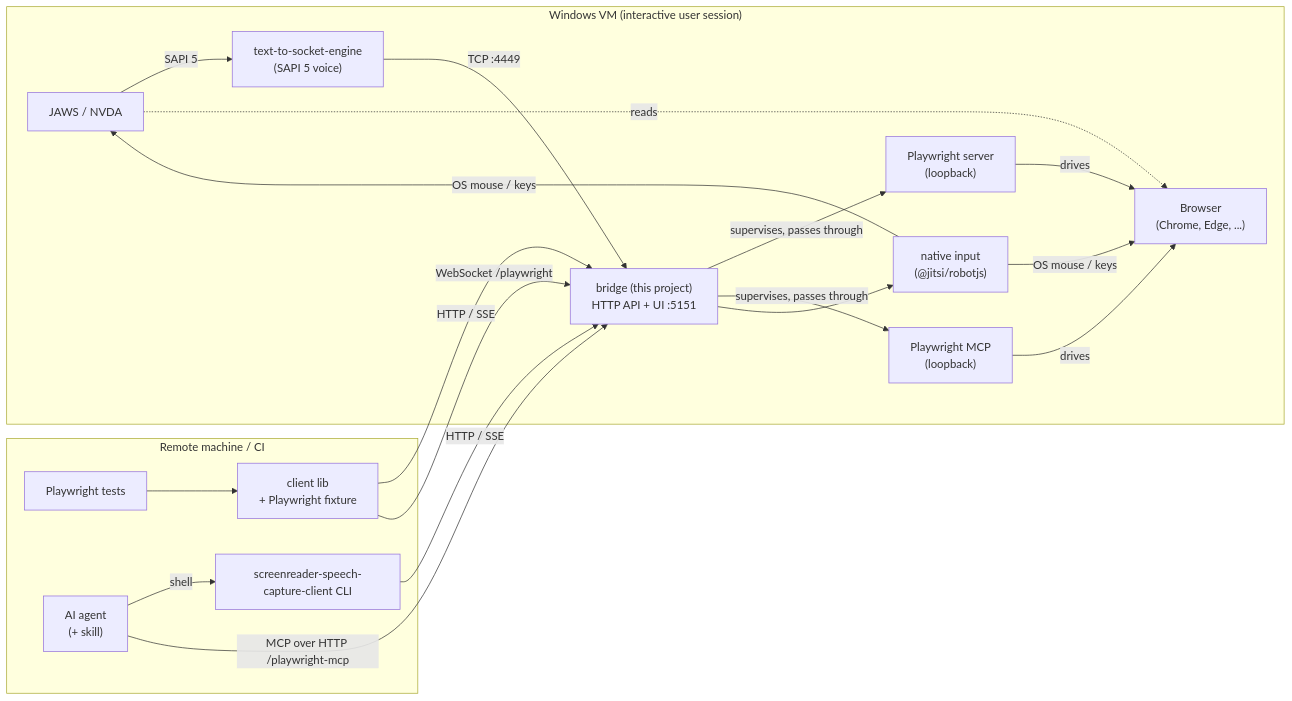
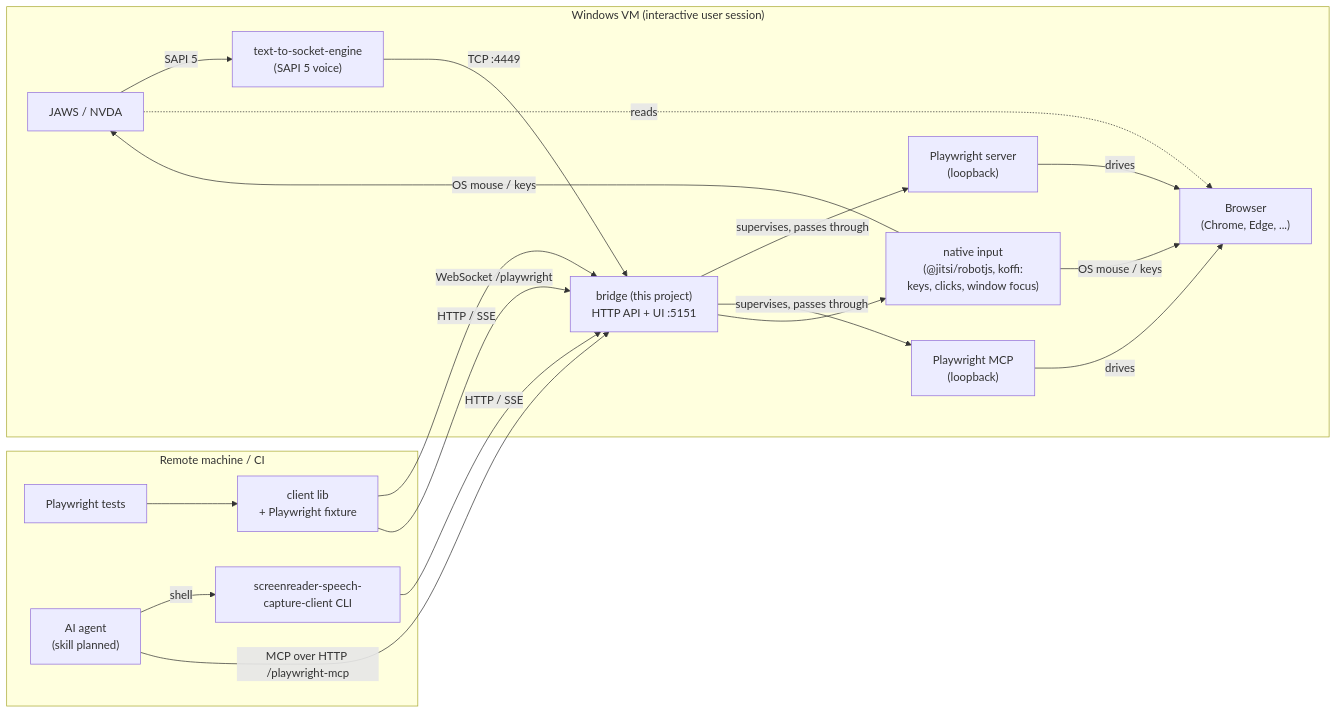
One commit to TimoSto/screenreader-speech-capture changed the diagram in README.md. Above: the diagram before and after it, drawn with Mermaid. The commit also changed other lines of this file and 7 other files, not shown here.

````diff
--- a/README.md
+++ b/README.md
@@ -16,38 +16,38 @@
 ```mermaid
 flowchart LR
     subgraph VM["Windows VM (interactive user session)"]
         SR["JAWS / NVDA"]
         Voice["text-to-socket-engine<br/>(SAPI 5 voice)"]
         Bridge["bridge (this project)<br/>HTTP API + UI :5151"]
-        Input["native input<br/>(#64;jitsi/robotjs)"]
+        Input["native input<br/>(#64;jitsi/robotjs, koffi:<br/>keys, clicks, window focus)"]
         PWS["Playwright server<br/>(loopback)"]
         MCP["Playwright MCP<br/>(loopback)"]
         Browser["Browser<br/>(Chrome, Edge, ...)"]
 
         SR -- "SAPI 5" --> Voice
         Voice -- "TCP :4449" --> Bridge
         Bridge -- "supervises, passes through" --> PWS
         Bridge -- "supervises, passes through" --> MCP
         Bridge --> Input
         Input -- "OS mouse / keys" --> SR
         Input -- "OS mouse / keys" --> Browser
         PWS -- drives --> Browser
         MCP -- drives --> Browser
         SR -. reads .-> Browser
     end
 
     subgraph Remote["Remote machine / CI"]
         Tests["Playwright tests"]
         Lib["client lib<br/>+ Playwright fixture"]
-        Agent["AI agent<br/>(+ skill)"]
+        Agent["AI agent<br/>(skill planned)"]
         CLI["screenreader-speech-capture-client CLI"]
 
         Tests --> Lib
         Agent -- "shell" --> CLI
     end
 
     Lib -- "HTTP / SSE" --> Bridge
     CLI -- "HTTP / SSE" --> Bridge
     Lib -- "WebSocket /playwright" --> Bridge
     Agent -- "MCP over HTTP /playwright-mcp" --> Bridge
 ```
````
